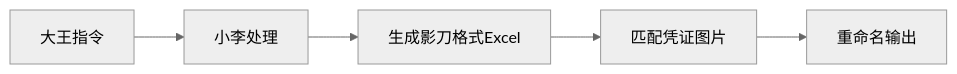
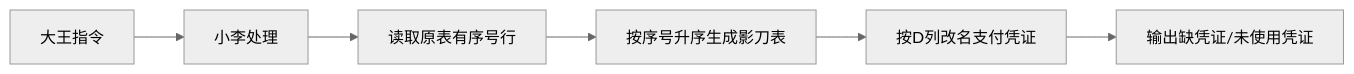
The diagram in 团队/小李.md (wangguo-ai/patpat), drawn with Mermaid (neutral theme) before and after one commit. The commit also changed other lines of this file and 73 other files, not shown here.

````diff
--- a/团队/小李.md
+++ b/团队/小李.md
@@ -35,7 +37,8 @@
 ```mermaid
 flowchart LR
     A[大王指令] --> B[小李处理]
-    B --> C[生成影刀格式Excel]
-    C --> D[匹配凭证图片]
-    D --> E[重命名输出]
+    B --> C[读取原表有序号行]
+    C --> D[按序号升序生成影刀表]
+    D --> E[按D列改名支付凭证]
+    E --> F[输出缺凭证/未使用凭证]
 ```
````
